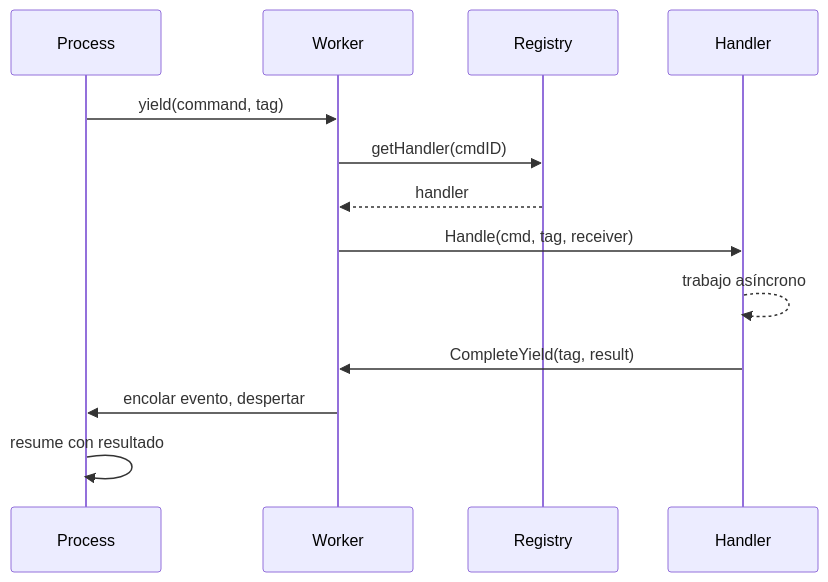
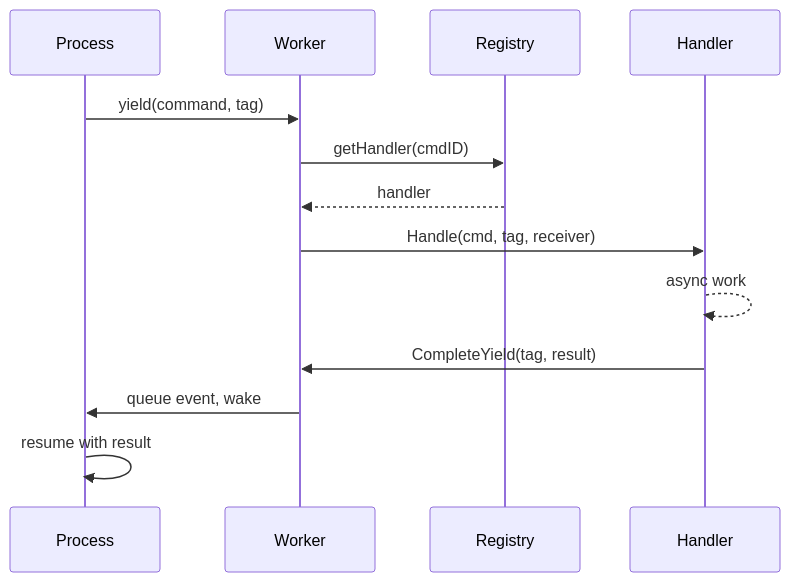
The diagram in es/internals/dispatch.md (wippyai/docs), drawn with Mermaid before and after one commit. The commit also changed other lines of this file and 1108 other files, not shown here.

````diff
--- a/es/internals/dispatch.md
+++ b/es/internals/dispatch.md
@@ -12,16 +12,16 @@
 ```mermaid
 sequenceDiagram
     participant P as Process
     participant W as Worker
     participant R as Registry
     participant H as Handler
 
     P->>W: yield(command, tag)
     W->>R: getHandler(cmdID)
     R-->>W: handler
     W->>H: Handle(cmd, tag, receiver)
-    H-->>H: trabajo asíncrono
+    H-->>H: async work
     H->>W: CompleteYield(tag, result)
-    W->>P: encolar evento, despertar
-    P->>P: resume con resultado
+    W->>P: queue event, wake
+    P->>P: resume with result
 ```
````
